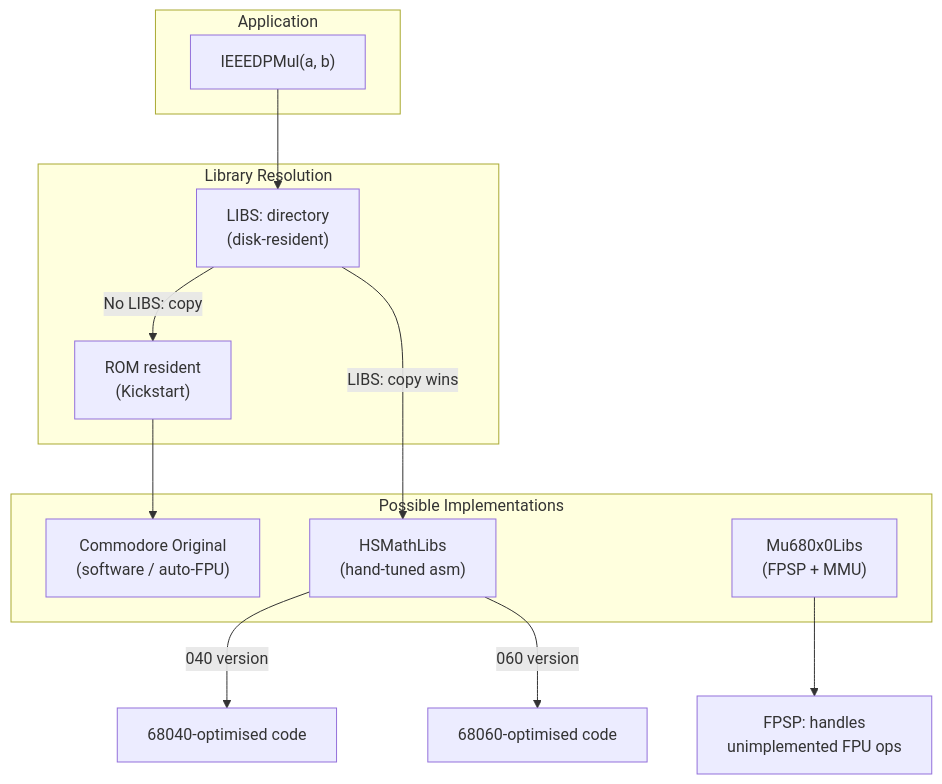
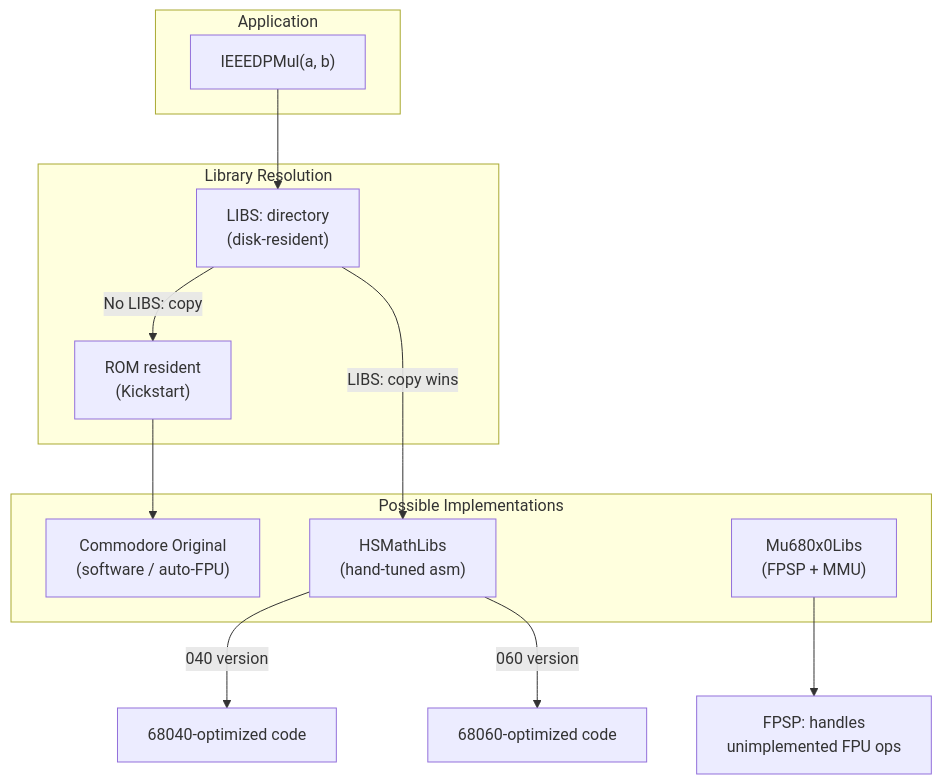
Before and after one commit to alfishe/amiga-bootcamp: the sixth of 6 diagrams in 11_libraries/mathffp.md, drawn with Mermaid. The commit also changed other lines of this file and 89 other files, not shown here.

````diff
--- a/11_libraries/mathffp.md
+++ b/11_libraries/mathffp.md
@@ -294,25 +294,25 @@
 ```mermaid
 graph TB
     subgraph "Application"
         APP["IEEEDPMul(a, b)"]
     end
 
     subgraph "Library Resolution"
         LIBS["LIBS: directory<br/>(disk-resident)"]
         ROM["ROM resident<br/>(Kickstart)"]
     end
 
     subgraph "Possible Implementations"
         STD["Commodore Original<br/>(software / auto-FPU)"]
         HS["HSMathLibs<br/>(hand-tuned asm)"]
         MU["Mu680x0Libs<br/>(FPSP + MMU)"]
     end
 
     APP --> LIBS
     LIBS -->|"LIBS: copy wins"| HS
     LIBS -->|"No LIBS: copy"| ROM
     ROM --> STD
-    HS -->|"040 version"| OPT040["68040-optimised code"]
-    HS -->|"060 version"| OPT060["68060-optimised code"]
+    HS -->|"040 version"| OPT040["68040-optimized code"]
+    HS -->|"060 version"| OPT060["68060-optimized code"]
     MU --> FPSP["FPSP: handles<br/>unimplemented FPU ops"]
 ```
````
